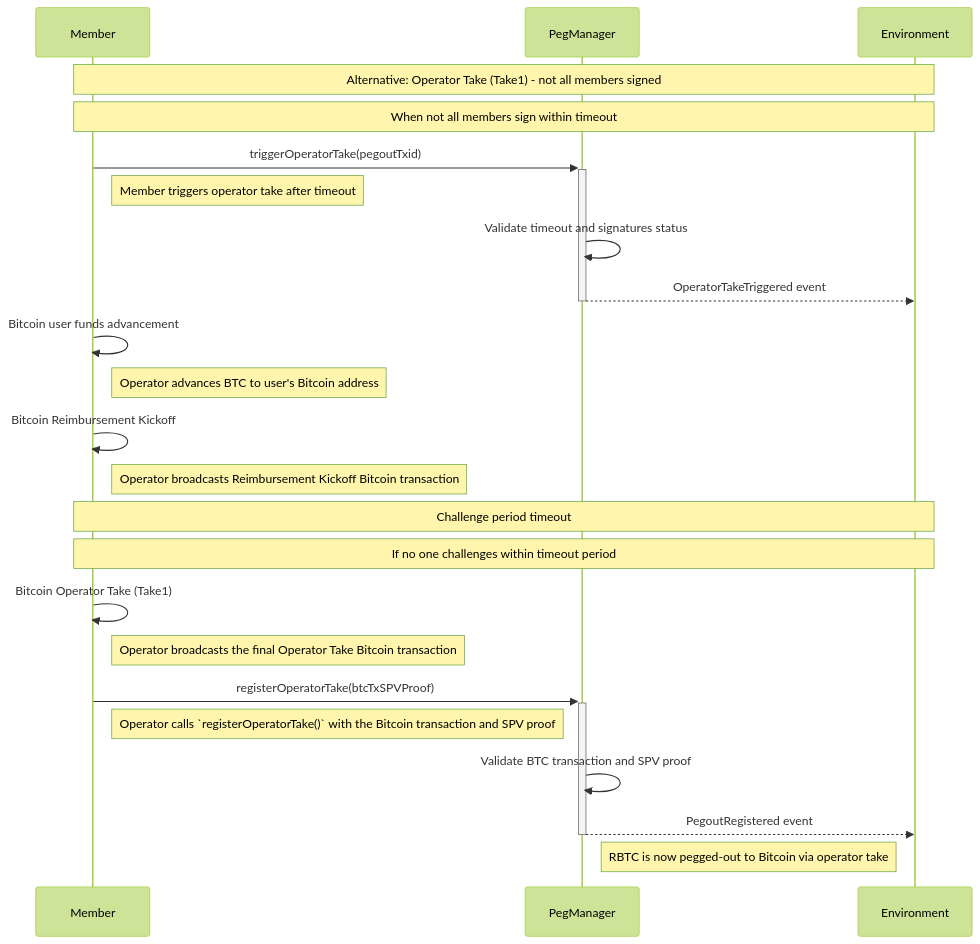
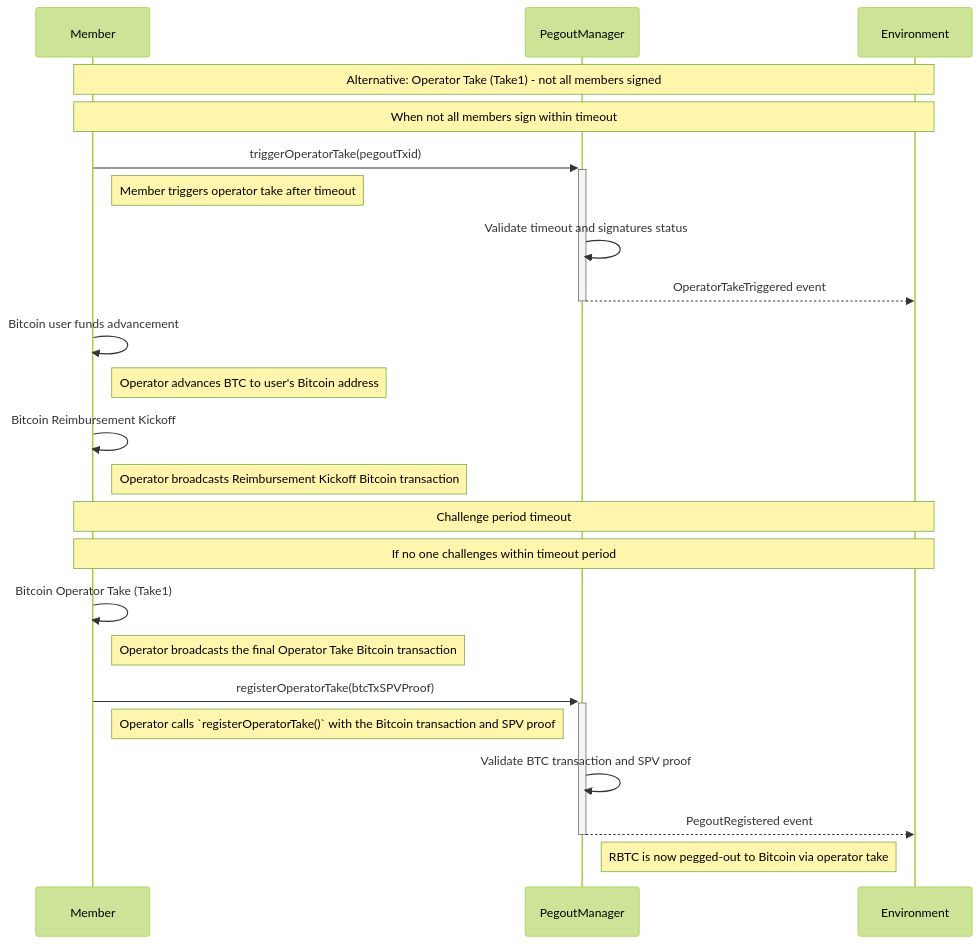
One commit to rsksmart/union-bridge-contracts changed diagram 11 of 12 in README.md. Above: the diagram before and after it, drawn with Mermaid (forest theme). The commit also changed other lines of this file, not shown here.

````diff
--- a/README.md
+++ b/README.md
@@ -519,32 +519,32 @@
 ```mermaid
 sequenceDiagram
     participant M as Member
-    participant PM as PegManager
+    participant POM as PegoutManager
     participant ENV as Environment
 
     Note over M,ENV: Alternative: Operator Take (Take1) - not all members signed
     Note over M,ENV: When not all members sign within timeout
 
-    M->>+PM: triggerOperatorTake(pegoutTxid)
+    M->>+POM: triggerOperatorTake(pegoutTxid)
     Note right of M: Member triggers operator take after timeout
-    PM->>PM: Validate timeout and signatures status
-    PM-->>-ENV: OperatorTakeTriggered event
+    POM->>POM: Validate timeout and signatures status
+    POM-->>-ENV: OperatorTakeTriggered event
 
     M->>M: Bitcoin user funds advancement
     Note right of M: Operator advances BTC to user's Bitcoin address
 
     M->>M: Bitcoin Reimbursement Kickoff
     Note right of M: Operator broadcasts Reimbursement Kickoff Bitcoin transaction
 
     Note over M,ENV: Challenge period timeout
     Note over M,ENV: If no one challenges within timeout period
 
     M->>M: Bitcoin Operator Take (Take1)
     Note right of M: Operator broadcasts the final Operator Take Bitcoin transaction
 
-    M->>+PM: registerOperatorTake(btcTxSPVProof)
+    M->>+POM: registerOperatorTake(btcTxSPVProof)
     Note right of M: Operator calls `registerOperatorTake()` with the Bitcoin transaction and SPV proof
-    PM->>PM: Validate BTC transaction and SPV proof
-    PM-->>-ENV: PegoutRegistered event
-    Note right of PM: RBTC is now pegged-out to Bitcoin via operator take
+    POM->>POM: Validate BTC transaction and SPV proof
+    POM-->>-ENV: PegoutRegistered event
+    Note right of POM: RBTC is now pegged-out to Bitcoin via operator take
 ```
````
